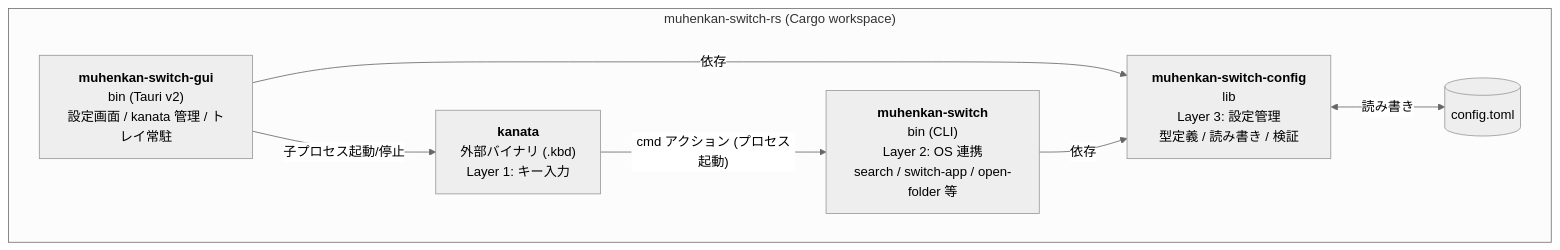
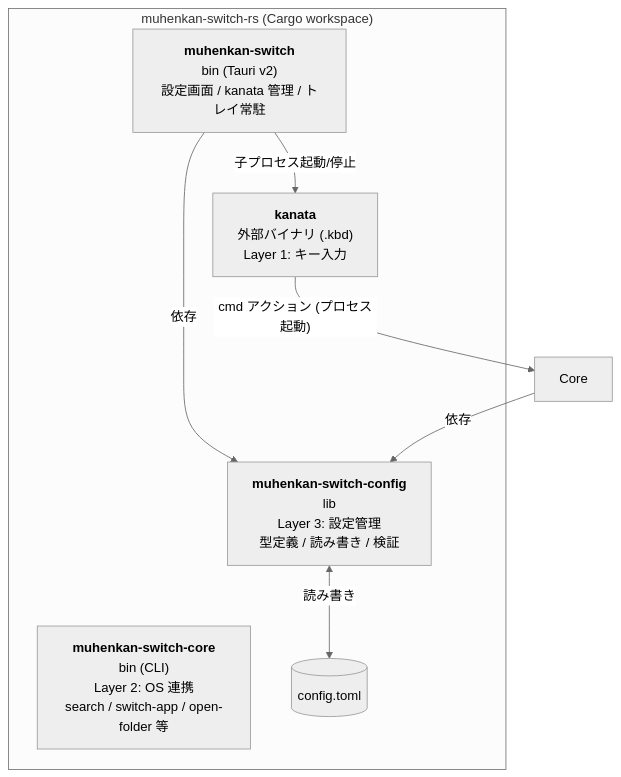
The second of 2 diagrams in docs/design.md (kimushun1101/muhenkan-switch-rs), drawn with Mermaid (neutral theme) before and after one commit. The commit also changed other lines of this file and 55 other files, not shown here.

````diff
--- a/docs/design.md
+++ b/docs/design.md
@@ -97,16 +97,16 @@
 ```mermaid
 graph TB
     subgraph "muhenkan-switch-rs (Cargo workspace)"
-        GUI["<b>muhenkan-switch-gui</b><br/>bin (Tauri v2)<br/>設定画面 / kanata 管理 / トレイ常駐"]
+        GUI["<b>muhenkan-switch</b><br/>bin (Tauri v2)<br/>設定画面 / kanata 管理 / トレイ常駐"]
         kanata["<b>kanata</b><br/>外部バイナリ (.kbd)<br/>Layer 1: キー入力"]
-        CLI["<b>muhenkan-switch</b><br/>bin (CLI)<br/>Layer 2: OS 連携<br/>search / switch-app / open-folder 等"]
+        CLI["<b>muhenkan-switch-core</b><br/>bin (CLI)<br/>Layer 2: OS 連携<br/>search / switch-app / open-folder 等"]
         config["<b>muhenkan-switch-config</b><br/>lib<br/>Layer 3: 設定管理<br/>型定義 / 読み書き / 検証"]
         toml[("config.toml")]
     end
 
     GUI -- "子プロセス起動/停止" --> kanata
-    kanata -- "cmd アクション (プロセス起動)" --> CLI
+    kanata -- "cmd アクション (プロセス起動)" --> Core
     GUI -- "依存" --> config
-    CLI -- "依存" --> config
+    Core -- "依存" --> config
     config <-- "読み書き" --> toml
 ```
````
